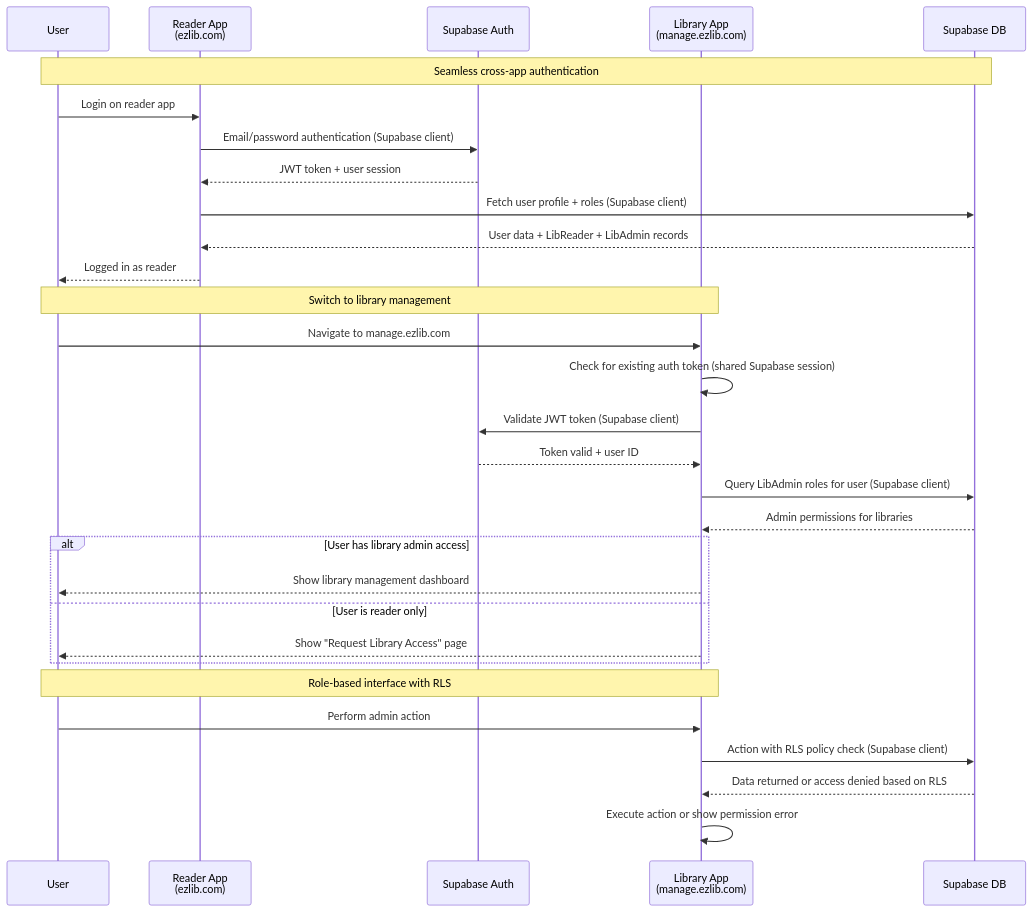
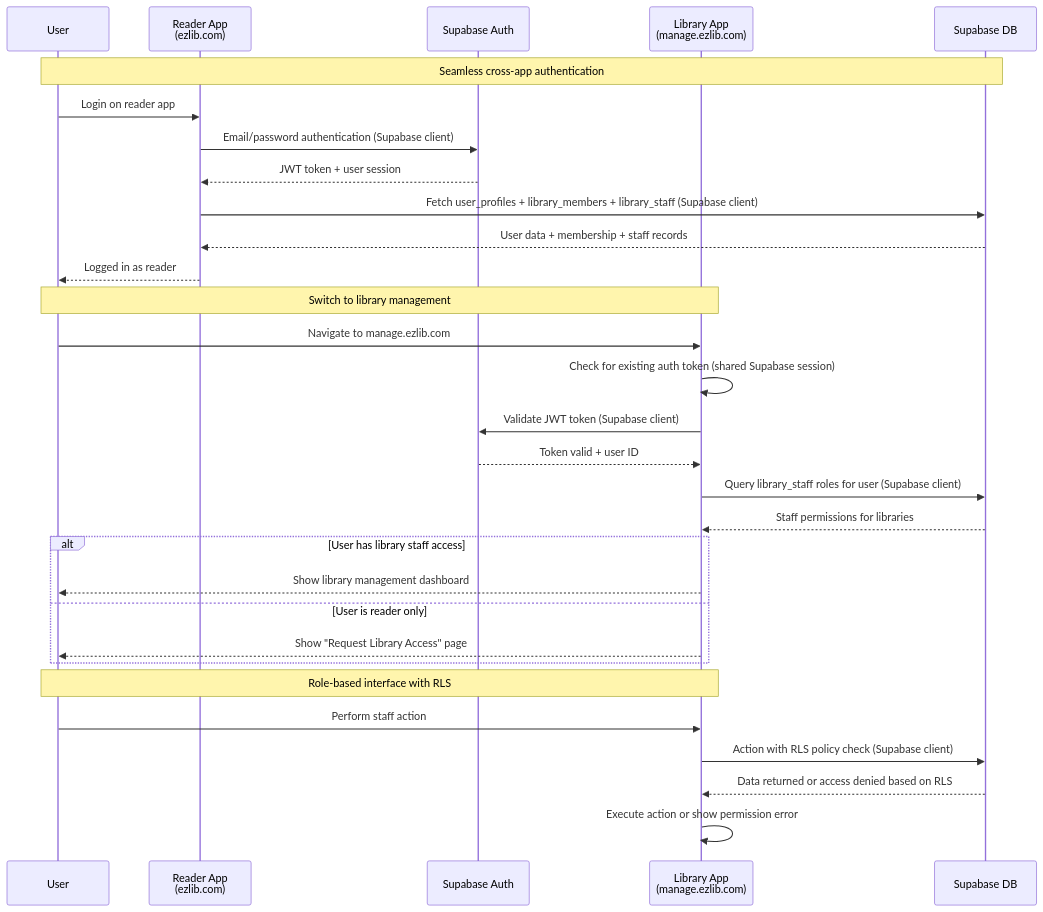
The third of 3 diagrams in docs/architecture/core-workflows.md (tronghieu/ezlib), drawn with Mermaid before and after one commit. The commit also changed other lines of this file and 7 other files, not shown here.

First line of the commit message:
Update architecture documentation to monolithic NextJS 15.5.2 approach

````diff
--- a/docs/architecture/core-workflows.md
+++ b/docs/architecture/core-workflows.md
@@ -94,37 +94,37 @@
 ```mermaid
 sequenceDiagram
     participant U as User
     participant RA as Reader App<br/>(ezlib.com)
     participant Auth as Supabase Auth
     participant LA as Library App<br/>(manage.ezlib.com)
     participant DB as Supabase DB
 
     Note over U,DB: Seamless cross-app authentication
 
     U->>RA: Login on reader app
     RA->>Auth: Email/password authentication (Supabase client)
     Auth-->>RA: JWT token + user session
-    RA->>DB: Fetch user profile + roles (Supabase client)
-    DB-->>RA: User data + LibReader + LibAdmin records
+    RA->>DB: Fetch user_profiles + library_members + library_staff (Supabase client)
+    DB-->>RA: User data + membership + staff records
     RA-->>U: Logged in as reader
 
     Note over U,LA: Switch to library management
     U->>LA: Navigate to manage.ezlib.com
     LA->>LA: Check for existing auth token (shared Supabase session)
     LA->>Auth: Validate JWT token (Supabase client)
     Auth-->>LA: Token valid + user ID
-    LA->>DB: Query LibAdmin roles for user (Supabase client)
-    DB-->>LA: Admin permissions for libraries
+    LA->>DB: Query library_staff roles for user (Supabase client)
+    DB-->>LA: Staff permissions for libraries
     
-    alt User has library admin access
+    alt User has library staff access
         LA-->>U: Show library management dashboard
     else User is reader only
         LA-->>U: Show "Request Library Access" page
     end
 
     Note over U,LA: Role-based interface with RLS
-    U->>LA: Perform admin action
+    U->>LA: Perform staff action
     LA->>DB: Action with RLS policy check (Supabase client)
     DB-->>LA: Data returned or access denied based on RLS
     LA->>LA: Execute action or show permission error
 ```
````
